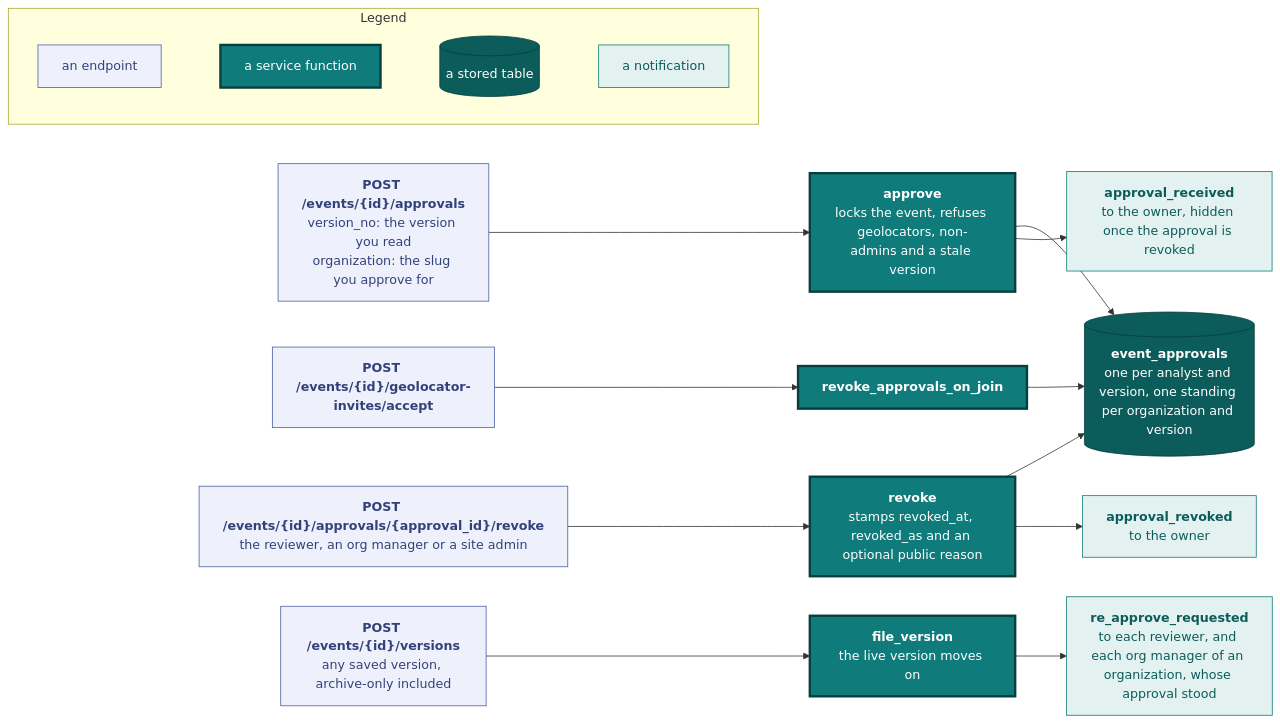
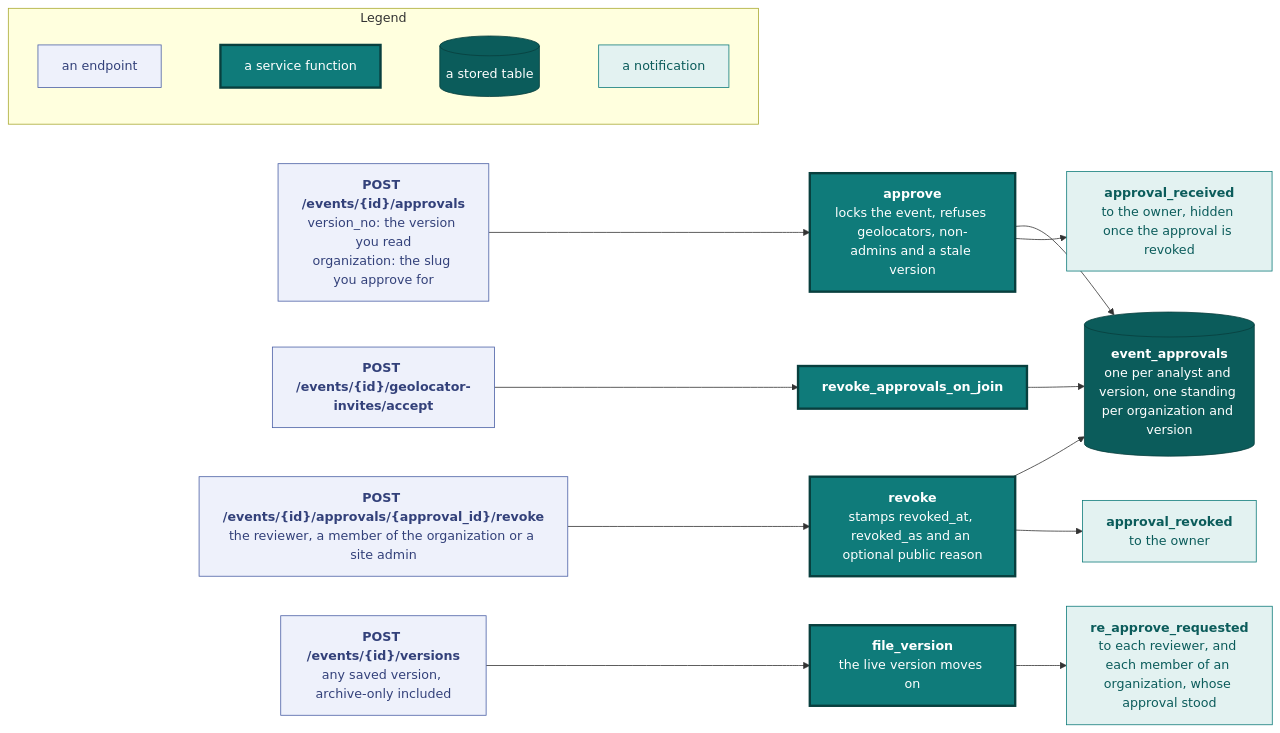
One commit to vidithq/vidit changed the fourth of 8 diagrams in docs/api.md. Above: the diagram before and after it, drawn with Mermaid. The commit also changed other lines of this file and 25 other files, not shown here.

````diff
--- a/docs/api.md
+++ b/docs/api.md
@@ -1441,47 +1441,47 @@
 ```mermaid
 flowchart LR
   classDef spec fill:#eef1fb,stroke:#4a5fa5,color:#33417a
   classDef core fill:#0f7b7a,stroke:#083f3e,stroke-width:3px,color:#ffffff
   classDef store fill:#0b5c5b,stroke:#083f3e,color:#ffffff
   classDef shared fill:#e3f2f1,stroke:#0f7b7a,color:#0b5c5b
 
   subgraph legend [Legend]
     direction LR
     l1["`an endpoint`"]:::spec
     l2["`a service function`"]:::core
     l3[("`a stored table`")]:::store
     l4["`a notification`"]:::shared
     l1 ~~~ l2 ~~~ l3 ~~~ l4
   end
 
   approve["`**POST /events/{id}/approvals**
   version_no: the version you read
   organization: the slug you approve for`"]:::spec
   revokeep["`**POST /events/{id}/approvals/{approval_id}/revoke**
-  the reviewer, an org manager or a site admin`"]:::spec
+  the reviewer, a member of the organization or a site admin`"]:::spec
   edit["`**POST /events/{id}/versions**
   any saved version, archive-only included`"]:::spec
   accept["`**POST /events/{id}/geolocator-invites/accept**`"]:::spec
   place["`**approve**
   locks the event, refuses geolocators, non-admins and a stale version`"]:::core
   revoke["`**revoke**
   stamps revoked_at, revoked_as and an optional public reason`"]:::core
   file["`**file_version**
   the live version moves on`"]:::core
   join["`**revoke_approvals_on_join**`"]:::core
   rows[("`**event_approvals**
   one per analyst and version, one standing per organization and version`")]:::store
   received["`**approval_received**
   to the owner, hidden once the approval is revoked`"]:::shared
   revoked["`**approval_revoked**
   to the owner`"]:::shared
   again["`**re_approve_requested**
-  to each reviewer, and each org manager of an organization, whose approval stood`"]:::shared
+  to each reviewer, and each member of an organization, whose approval stood`"]:::shared
 
   approve --> place --> rows
   place --> received
   revokeep --> revoke --> rows
   revoke --> revoked
   edit --> file --> again
   accept --> join --> rows
 ```
````
